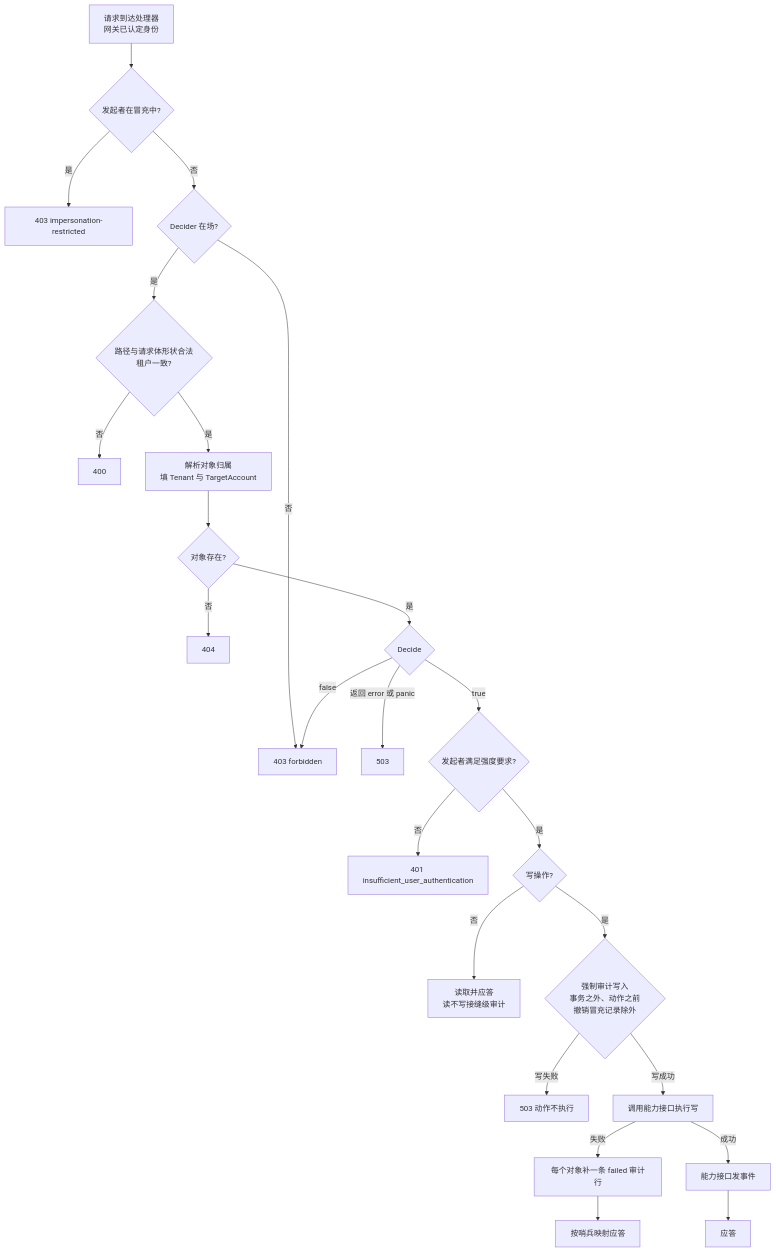
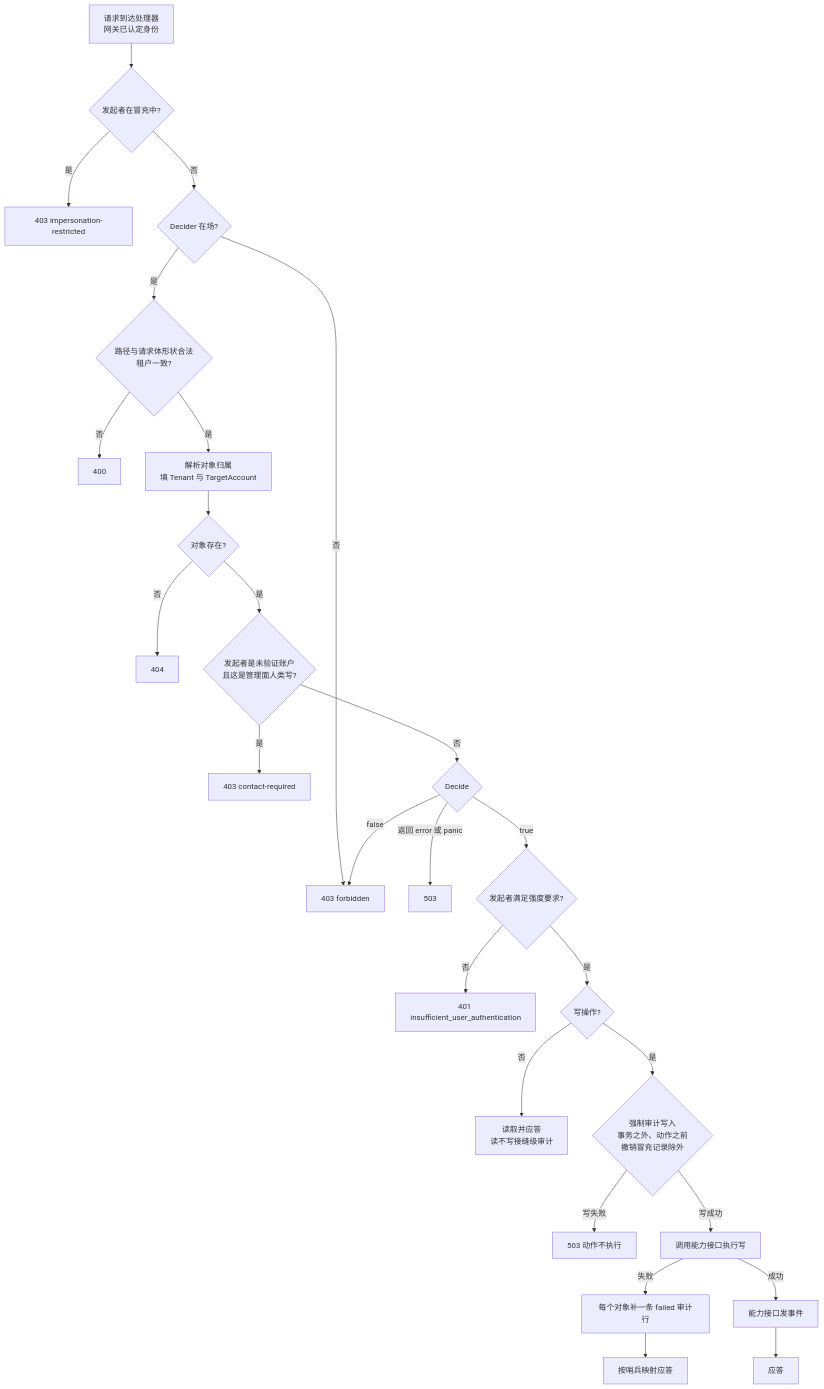
Before and after one commit to wangzw/speed: the second of 2 diagrams in docs/design/modules/authn/design-authn-admin.md, drawn with Mermaid. The commit also changed other lines of this file and 30 other files, not shown here.

````diff
--- a/docs/design/modules/authn/design-authn-admin.md
+++ b/docs/design/modules/authn/design-authn-admin.md
@@ -288,24 +300,26 @@
 ```mermaid
 flowchart TD
     A["请求到达处理器<br/>网关已认定身份"] --> B{"发起者在冒充中?"}
     B -- 是 --> R1["403 impersonation-restricted"]
     B -- 否 --> C{"Decider 在场?"}
     C -- 否 --> R2["403 forbidden"]
     C -- 是 --> D{"路径与请求体形状合法<br/>租户一致?"}
     D -- 否 --> R3["400"]
     D -- 是 --> E["解析对象归属<br/>填 Tenant 与 TargetAccount"]
     E --> F{"对象存在?"}
     F -- 否 --> R4["404"]
-    F -- 是 --> G{"Decide"}
+    F -- 是 --> G2{"发起者是未验证账户<br/>且这是管理面人类写?"}
+    G2 -- 是 --> R9["403 contact-required"]
+    G2 -- 否 --> G{"Decide"}
     G -- "返回 error 或 panic" --> R5["503"]
     G -- "false" --> R2
     G -- "true" --> H{"发起者满足强度要求?"}
     H -- 否 --> R6["401 insufficient_user_authentication"]
     H -- 是 --> I{"写操作?"}
     I -- 否 --> J["读取并应答<br/>读不写接缝级审计"]
     I -- 是 --> K{"强制审计写入<br/>事务之外、动作之前<br/>撤销冒充记录除外"}
     K -- 写失败 --> R7["503 动作不执行"]
     K -- 写成功 --> L["调用能力接口执行写"]
     L -- 失败 --> M["每个对象补一条 failed 审计行"] --> R8["按哨兵映射应答"]
     L -- 成功 --> N["能力接口发事件"] --> O["应答"]
 ```
````
